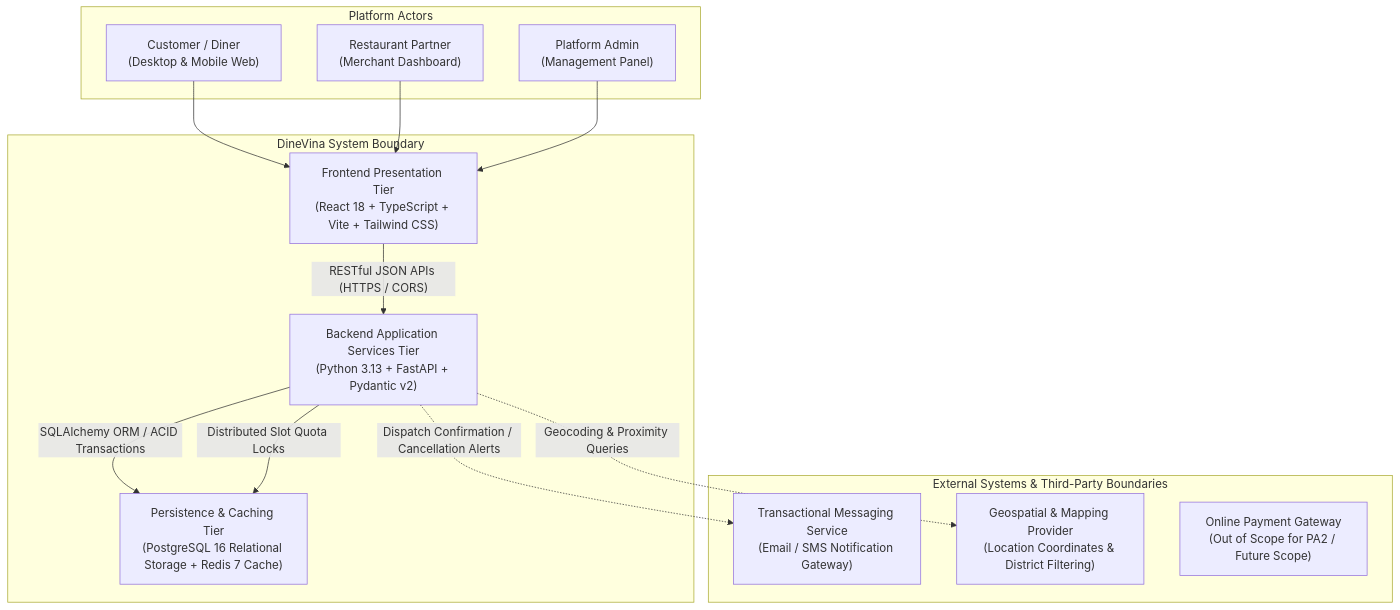
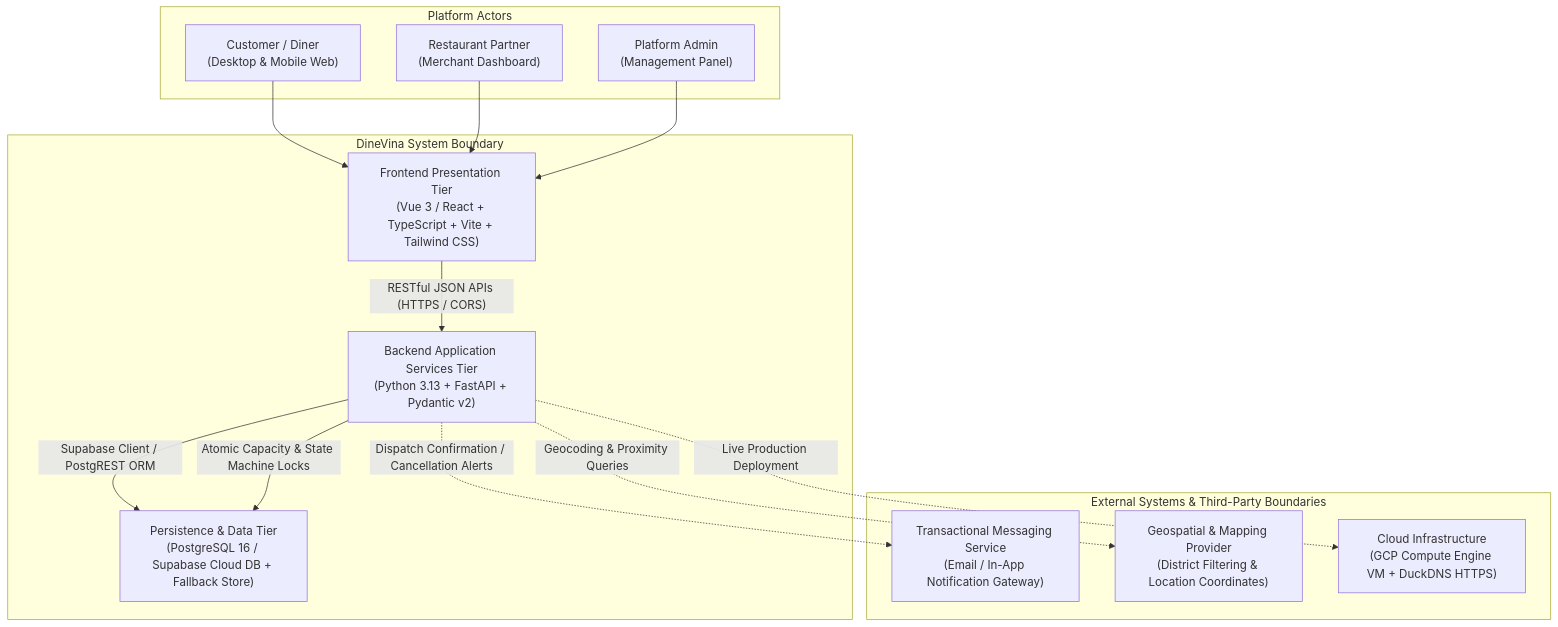
Before and after one commit to HoangCaoPhong/DineVina: the diagram in docs/weekly-reports/PA2_Week3-4/Kien_ProductOverview/kien.md, drawn with Mermaid. The commit also changed other lines of this file and 1 other file, not shown here.

````diff
--- a/docs/weekly-reports/PA2_Week3-4/Kien_ProductOverview/kien.md
+++ b/docs/weekly-reports/PA2_Week3-4/Kien_ProductOverview/kien.md
@@ -36,31 +40,32 @@
 ```mermaid
 graph TD
     subgraph Actors ["Platform Actors"]
         Customer["Customer / Diner\n(Desktop & Mobile Web)"]
         Partner["Restaurant Partner\n(Merchant Dashboard)"]
         Admin["Platform Admin\n(Management Panel)"]
     end
 
     subgraph DineVina_Boundary ["DineVina System Boundary"]
-        ClientTier["Frontend Presentation Tier\n(React 18 + TypeScript + Vite + Tailwind CSS)"]
+        ClientTier["Frontend Presentation Tier\n(Vue 3 / React + TypeScript + Vite + Tailwind CSS)"]
         APITier["Backend Application Services Tier\n(Python 3.13 + FastAPI + Pydantic v2)"]
-        DataTier["Persistence & Caching Tier\n(PostgreSQL 16 Relational Storage + Redis 7 Cache)"]
+        DataTier["Persistence & Data Tier\n(PostgreSQL 16 / Supabase Cloud DB + Fallback Store)"]
 
         ClientTier -->|"RESTful JSON APIs (HTTPS / CORS)"| APITier
-        APITier -->|"SQLAlchemy ORM / ACID Transactions"| DataTier
-        APITier -->|"Distributed Slot Quota Locks"| DataTier
+        APITier -->|"Supabase Client / PostgREST ORM"| DataTier
+        APITier -->|"Atomic Capacity & State Machine Locks"| DataTier
     end
 
     subgraph External_Boundaries ["External Systems & Third-Party Boundaries"]
-        NotifyService["Transactional Messaging Service\n(Email / SMS Notification Gateway)"]
-        MapService["Geospatial & Mapping Provider\n(Location Coordinates & District Filtering)"]
-        PaymentSystem["Online Payment Gateway\n(Out of Scope for PA2 / Future Scope)"]
+        NotifyService["Transactional Messaging Service\n(Email / In-App Notification Gateway)"]
+        MapService["Geospatial & Mapping Provider\n(District Filtering & Location Coordinates)"]
+        CloudDeploy["Cloud Infrastructure\n(GCP Compute Engine VM + DuckDNS HTTPS)"]
     end
 
     Customer --> ClientTier
     Partner --> ClientTier
     Admin --> ClientTier
 
     APITier -.->|"Dispatch Confirmation / Cancellation Alerts"| NotifyService
     APITier -.->|"Geocoding & Proximity Queries"| MapService
+    APITier -.->|"Live Production Deployment"| CloudDeploy
 ```
````
